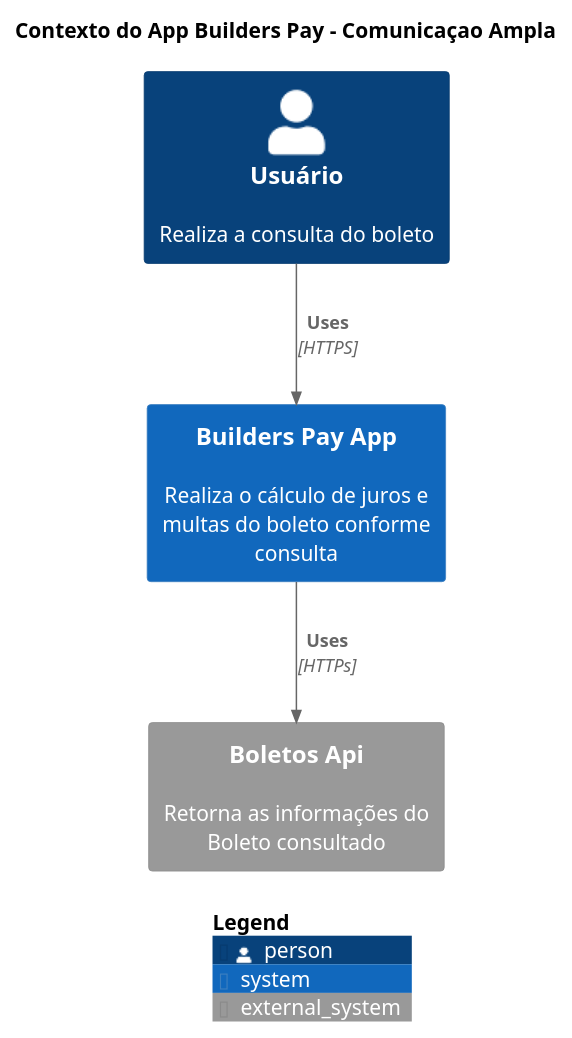
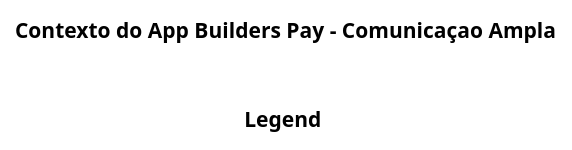
Before and after one commit to mayanemesquita/builders-pay: the diagram in src/main/resources/templates/conteiner.puml, drawn with PlantUML. The commit also changed 5 other files, not shown here.

```diff
--- a/src/main/resources/templates/conteiner.puml
+++ b/src/main/resources/templates/conteiner.puml
@@ -1,11 +1,6 @@
 @startuml C4_Elements
 !include https://raw.githubusercontent.com/plantuml-stdlib/C4-PlantUML/master/C4_Container.puml
 Title "Contexto do App Builders Pay - Comunicaçao Ampla"
-Person(personAlias, "Usuário", "Realiza a consulta do boleto")
-System(systemBuildersPay, "Builders Pay App", "Realiza o cálculo de juros e multas do boleto conforme consulta")
-System_Ext(systemBoletosApi, "Boletos Api", "Retorna as informações do Boleto consultado")
 
-Rel(personAlias, systemBuildersPay, "Uses", "HTTPS")
-Rel(systemBuildersPay, systemBoletosApi, "Uses", "HTTPs")
 SHOW_LEGEND()
 @enduml
```
